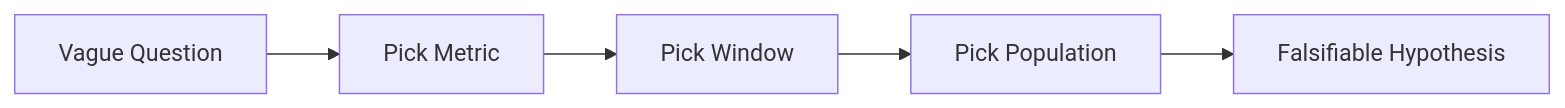
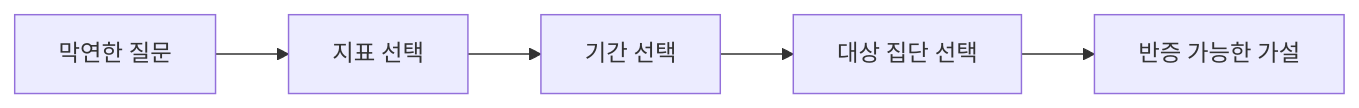
One commit to yeongseon-books/book-content changed the diagram in content/data-science-101/ko/02-problem-to-data-problem.md. Above: the diagram before and after it, drawn with Mermaid. The commit also changed other lines of this file and 9 other files, not shown here.

````diff
--- a/content/data-science-101/ko/02-problem-to-data-problem.md
+++ b/content/data-science-101/ko/02-problem-to-data-problem.md
@@ -35,7 +47,7 @@
 ```mermaid
 flowchart LR
-    Vague["Vague Question"] --> Metric["Pick Metric"]
-    Metric --> Window["Pick Window"]
-    Window --> Pop["Pick Population"]
-    Pop --> Hypothesis["Falsifiable Hypothesis"]
+    Vague["막연한 질문"] --> Metric["지표 선택"]
+    Metric --> Window["기간 선택"]
+    Window --> Pop["대상 집단 선택"]
+    Pop --> Hypothesis["반증 가능한 가설"]
 ```
````
